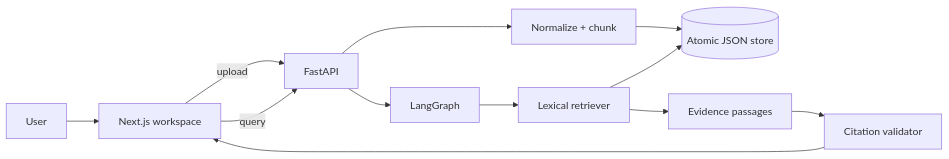
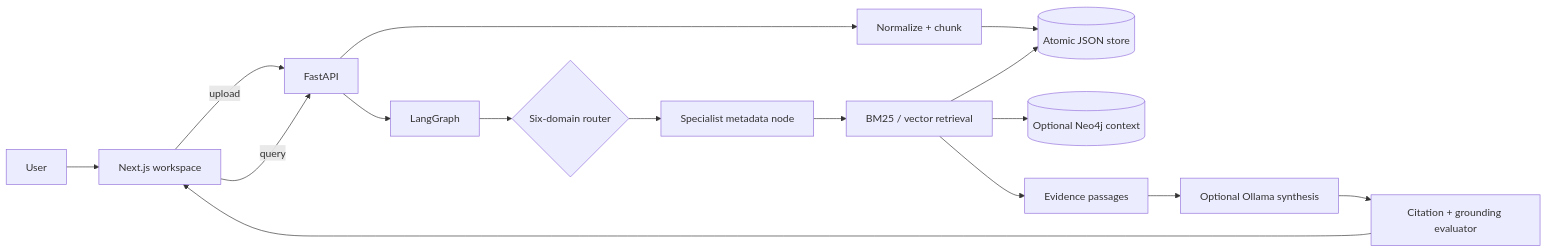
The diagram in README.md (sidg2hp/enterprise-knowledge), drawn with Mermaid before and after one commit. The commit also changed other lines of this file and 2 other files, not shown here.

````diff
--- a/README.md
+++ b/README.md
@@ -55,14 +67,18 @@
 ```mermaid
 flowchart LR
   U[User] --> F[Next.js workspace]
   F -->|upload| A[FastAPI]
   F -->|query| A
   A --> I[Normalize + chunk]
   I --> S[(Atomic JSON store)]
   A --> G[LangGraph]
-  G --> R[Lexical retriever]
+  G --> D{Six-domain router}
+  D --> L[Specialist metadata node]
+  L --> R[BM25 / vector retrieval]
+  R --> N[(Optional Neo4j context)]
   R --> S
   R --> V[Evidence passages]
-  V --> C[Citation validator]
+  V --> O[Optional Ollama synthesis]
+  O --> C[Citation + grounding evaluator]
   C --> F
 ```
````
